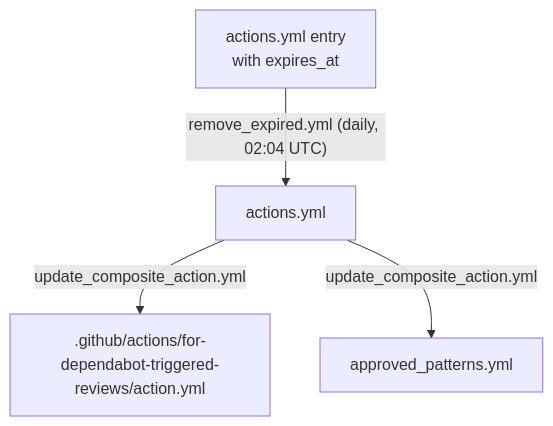
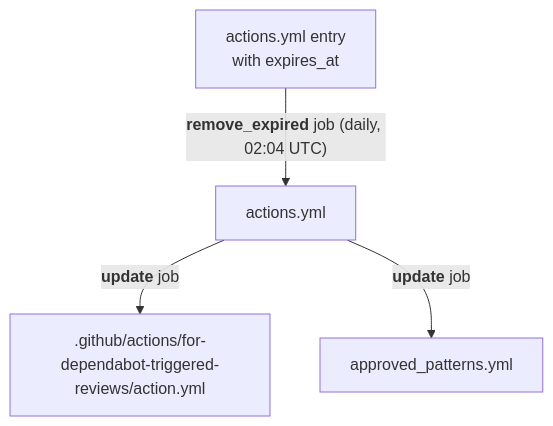
Before and after one commit to apache/infrastructure-actions: the fourth of 4 diagrams in README.md, drawn with Mermaid. The commit also changed other lines of this file and 5 other files, not shown here.

````diff
--- a/README.md
+++ b/README.md
@@ -356,6 +354,6 @@
 ```mermaid
 graph TD;
-    entry["actions.yml entry<br/>with expires_at"]--"remove_expired.yml (daily, 02:04 UTC)"-->actions.yml
-    actions.yml--"update_composite_action.yml"-->composite[".github/actions/for-dependabot-triggered-reviews/action.yml"]
-    actions.yml--"update_composite_action.yml"-->approved["approved_patterns.yml"]
+    entry["actions.yml entry<br/>with expires_at"]--"<b>remove_expired</b> job (daily, 02:04 UTC)"-->actions.yml
+    actions.yml--"<b>update</b> job"-->composite[".github/actions/for-dependabot-triggered-reviews/action.yml"]
+    actions.yml--"<b>update</b> job"-->approved["approved_patterns.yml"]
 ```
````
